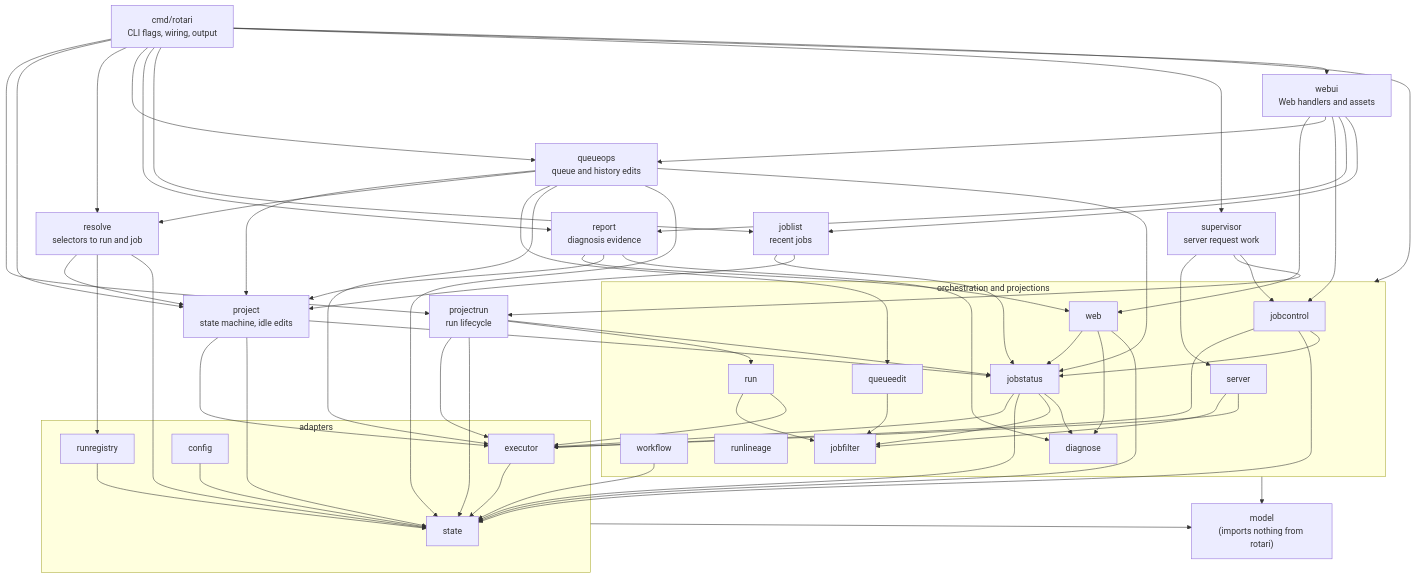
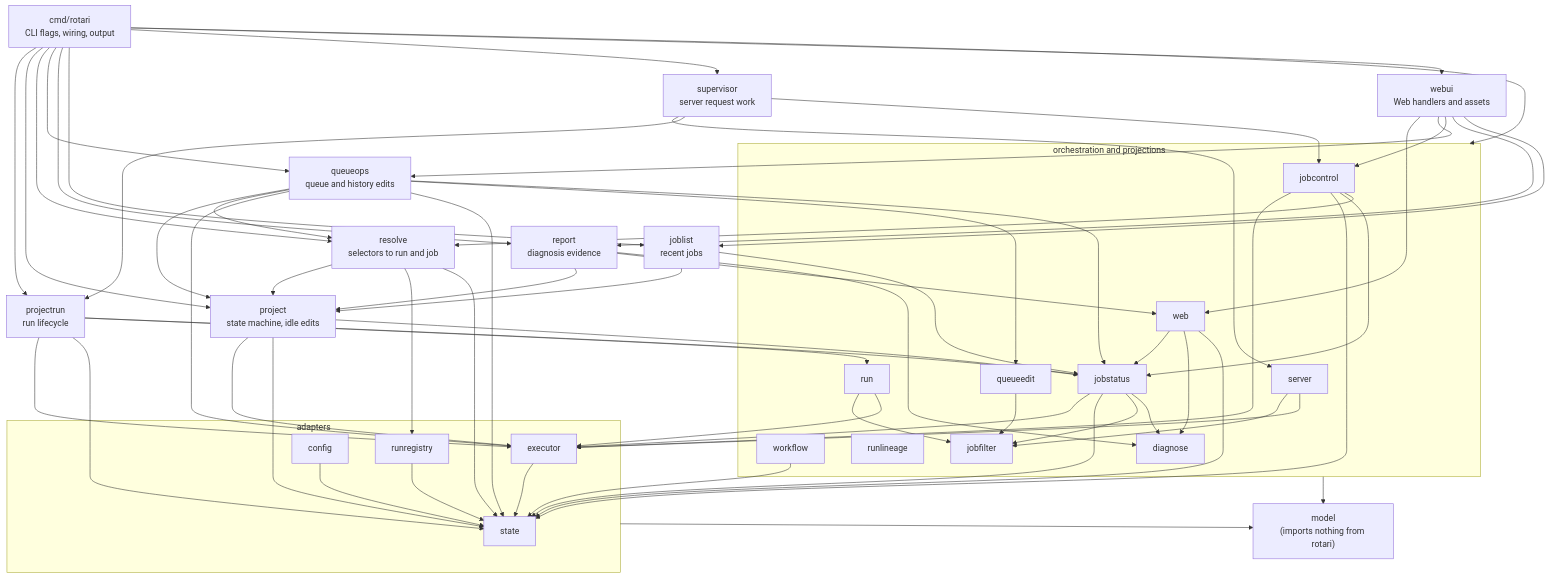
Before and after one commit to kamo-naoyuki/rotari: the second of 2 diagrams in docs/ARCHITECTURE.md, drawn with Mermaid. The commit also changed other lines of this file and 3 other files, not shown here.

```diff
--- a/docs/ARCHITECTURE.md
+++ b/docs/ARCHITECTURE.md
@@ -178,6 +178,7 @@
   jobcontrol --> executor
   jobcontrol --> state
   jobcontrol --> jobstatus
+   jobcontrol --> resolve
   web --> jobstatus
   web --> diagnose
   web --> state
```
